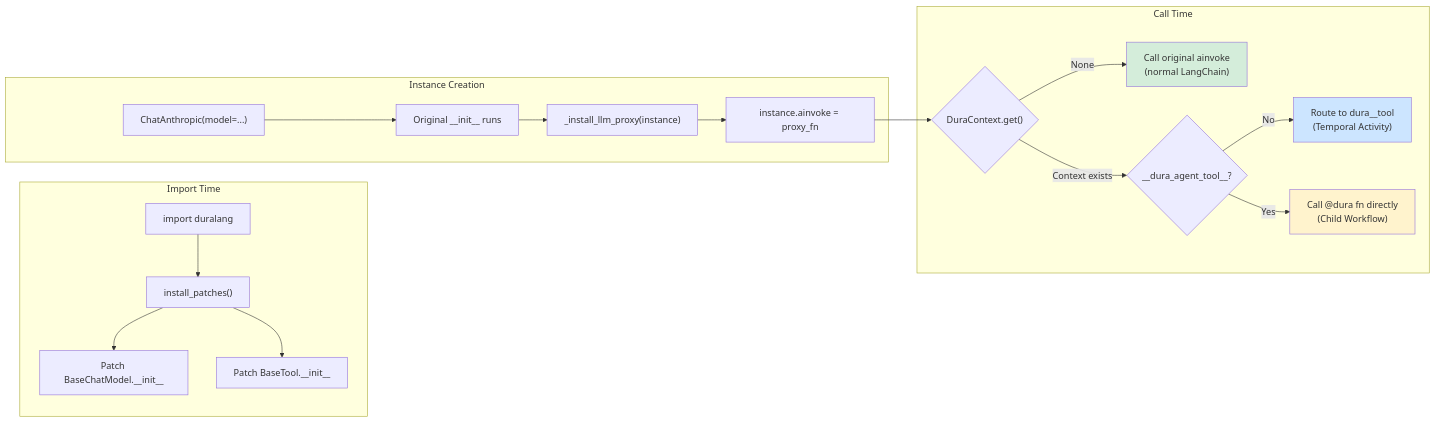
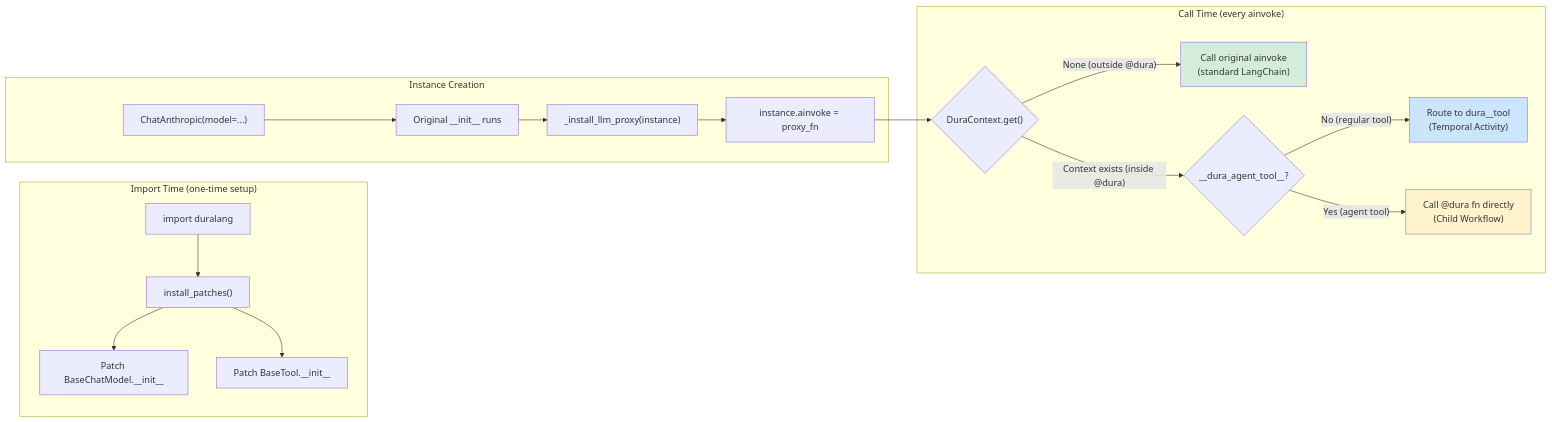
Before and after one commit to deepansh-saxena/DuraLang: the fifth of 8 diagrams in docs/architecture.md, drawn with Mermaid. The commit also changed other lines of this file and 14 other files, not shown here.

````diff
--- a/docs/architecture.md
+++ b/docs/architecture.md
@@ -215,26 +227,26 @@
 ```mermaid
 graph LR
-    subgraph "Import Time"
+    subgraph "Import Time (one-time setup)"
         A["import duralang"] --> B["install_patches()"]
         B --> C["Patch BaseChatModel.__init__"]
         B --> D["Patch BaseTool.__init__"]
     end
 
     subgraph "Instance Creation"
         E["ChatAnthropic(model=...)"] --> F["Original __init__ runs"]
         F --> G["_install_llm_proxy(instance)"]
         G --> H["instance.ainvoke = proxy_fn"]
     end
 
-    subgraph "Call Time"
+    subgraph "Call Time (every ainvoke)"
         H --> I{"DuraContext.get()"}
-        I -->|"None"| J["Call original ainvoke<br/>(normal LangChain)"]
-        I -->|"Context exists"| K{"__dura_agent_tool__?"}
-        K -->|"No"| L2["Route to dura__tool<br/>(Temporal Activity)"]
-        K -->|"Yes"| M2["Call @dura fn directly<br/>(Child Workflow)"]
+        I -->|"None (outside @dura)"| J["Call original ainvoke<br/>(standard LangChain)"]
+        I -->|"Context exists (inside @dura)"| K{"__dura_agent_tool__?"}
+        K -->|"No (regular tool)"| L2["Route to dura__tool<br/>(Temporal Activity)"]
+        K -->|"Yes (agent tool)"| M2["Call @dura fn directly<br/>(Child Workflow)"]
     end
 
     style J fill:#d4edda
     style L2 fill:#cce5ff
     style M2 fill:#fff3cd
 ```
````
